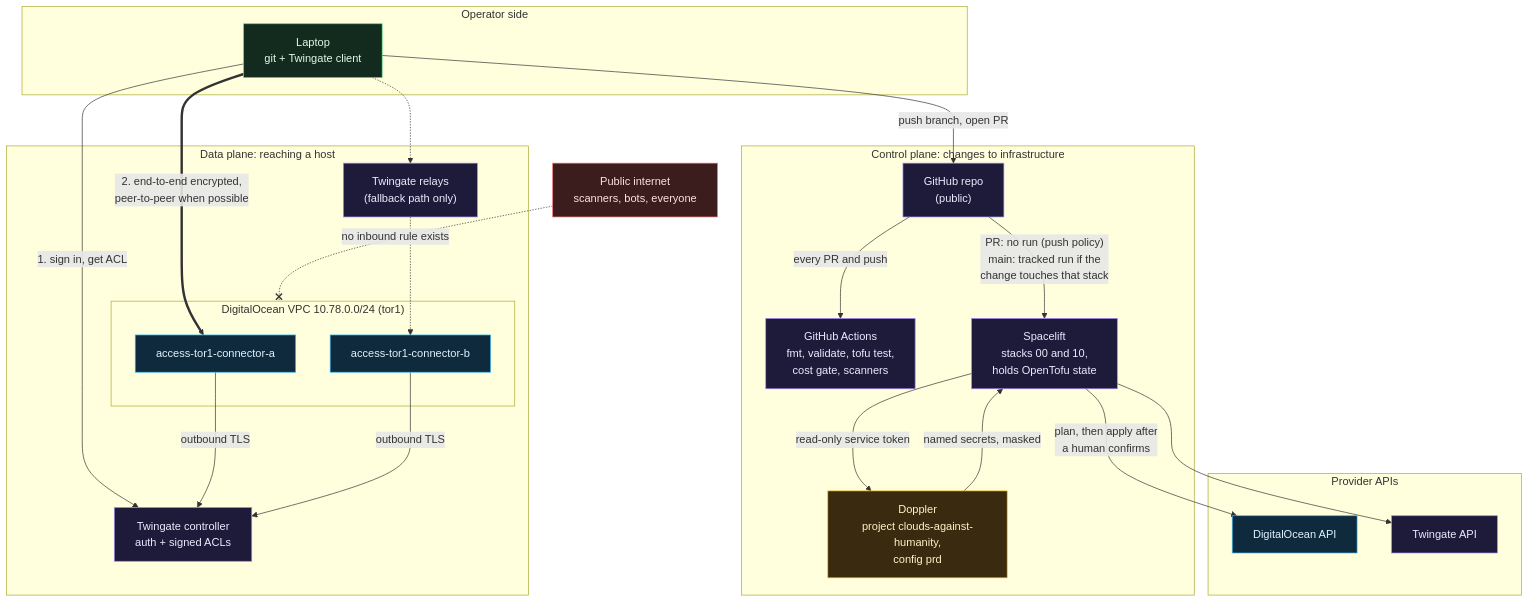
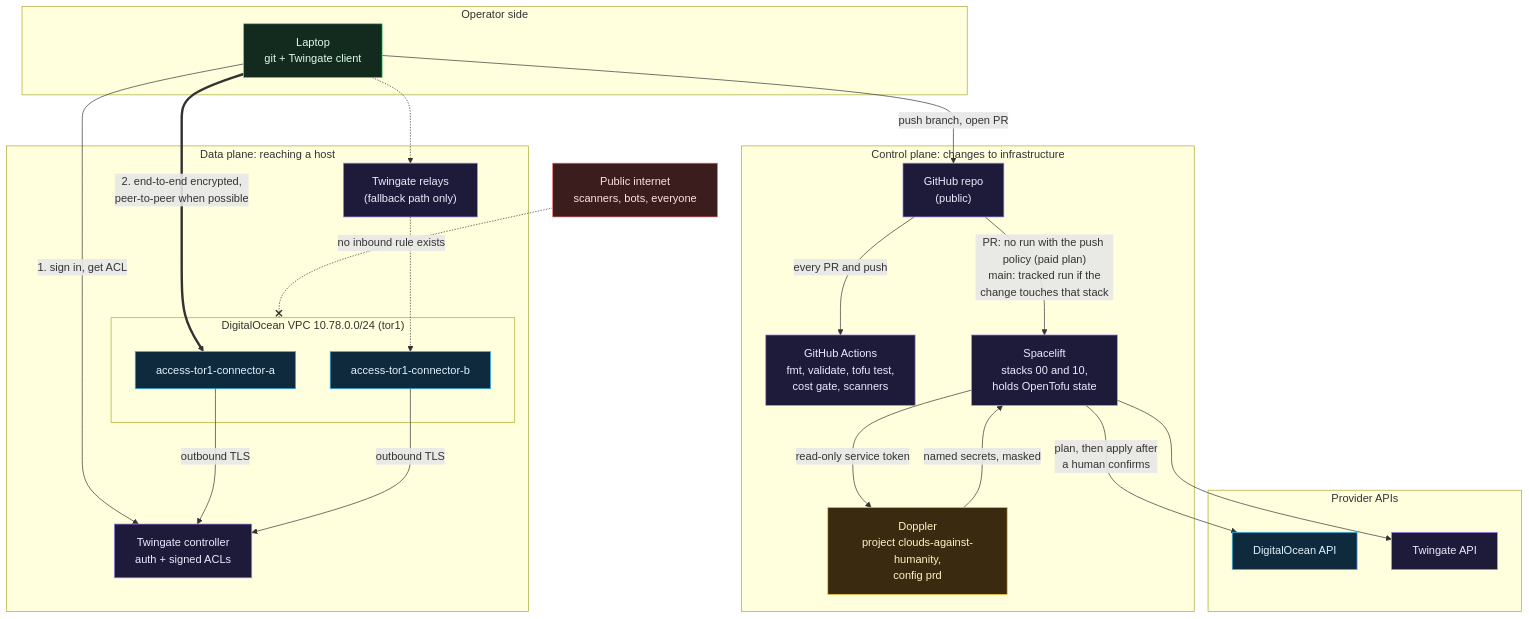
The first of 4 diagrams in docs/wiki/Architecture-Overview.md (ChiefGyk3D/Clouds-Against-Humanity), drawn with Mermaid before and after one commit. The commit also changed other lines of this file and 7 other files, not shown here.

Commit message:
docs(wiki): one home for the push-policy caveat, Wazuh lesson accuracy, heading links

````diff
--- a/docs/wiki/Architecture-Overview.md
+++ b/docs/wiki/Architecture-Overview.md
@@ -14,51 +14,51 @@
 ```mermaid
 flowchart TB
     subgraph operator["Operator side"]
         dev["Laptop<br/>git + Twingate client"]:::you
     end
 
     subgraph control["Control plane: changes to infrastructure"]
         gh["GitHub repo<br/>(public)"]:::ctrl
         ci["GitHub Actions<br/>fmt, validate, tofu test,<br/>cost gate, scanners"]:::ctrl
         sl["Spacelift<br/>stacks 00 and 10,<br/>holds OpenTofu state"]:::ctrl
         dp["Doppler<br/>project clouds-against-humanity,<br/>config prd"]:::secret
     end
 
     subgraph apis["Provider APIs"]
         doapi["DigitalOcean API"]:::cloud
         tgapi["Twingate API"]:::ctrl
     end
 
     subgraph dataplane["Data plane: reaching a host"]
         tgc["Twingate controller<br/>auth + signed ACLs"]:::ctrl
         relay["Twingate relays<br/>(fallback path only)"]:::ctrl
         subgraph vpc["DigitalOcean VPC 10.78.0.0/24 (tor1)"]
             ca["access-tor1-connector-a"]:::cloud
             cb["access-tor1-connector-b"]:::cloud
         end
     end
 
     internet["Public internet<br/>scanners, bots, everyone"]:::ext
 
     dev -- "push branch, open PR" --> gh
     gh -- "every PR and push" --> ci
-    gh -- "PR: no run (push policy)<br/>main: tracked run if the<br/>change touches that stack" --> sl
+    gh -- "PR: no run with the push policy (paid plan)<br/>main: tracked run if the<br/>change touches that stack" --> sl
     sl -- "read-only service token" --> dp
     dp -- "named secrets, masked" --> sl
     sl -- "plan, then apply after<br/>a human confirms" --> doapi
     sl --> tgapi
 
     dev -- "1. sign in, get ACL" --> tgc
     ca -- "outbound TLS" --> tgc
     cb -- "outbound TLS" --> tgc
     dev == "2. end-to-end encrypted,<br/>peer-to-peer when possible" ==> ca
     dev -.-> relay -.-> cb
 
     internet -. "no inbound rule exists" .-x vpc
 
     classDef you fill:#132a1f,stroke:#4ade80,color:#dcfce7
     classDef ext fill:#3b1d1d,stroke:#f87171,color:#fde2e2
     classDef ctrl fill:#1e1b3a,stroke:#a78bfa,color:#ede9fe
     classDef cloud fill:#0f2a3d,stroke:#38bdf8,color:#e0f2fe
     classDef secret fill:#3a2a0f,stroke:#fbbf24,color:#fef3c7
 ```
````
